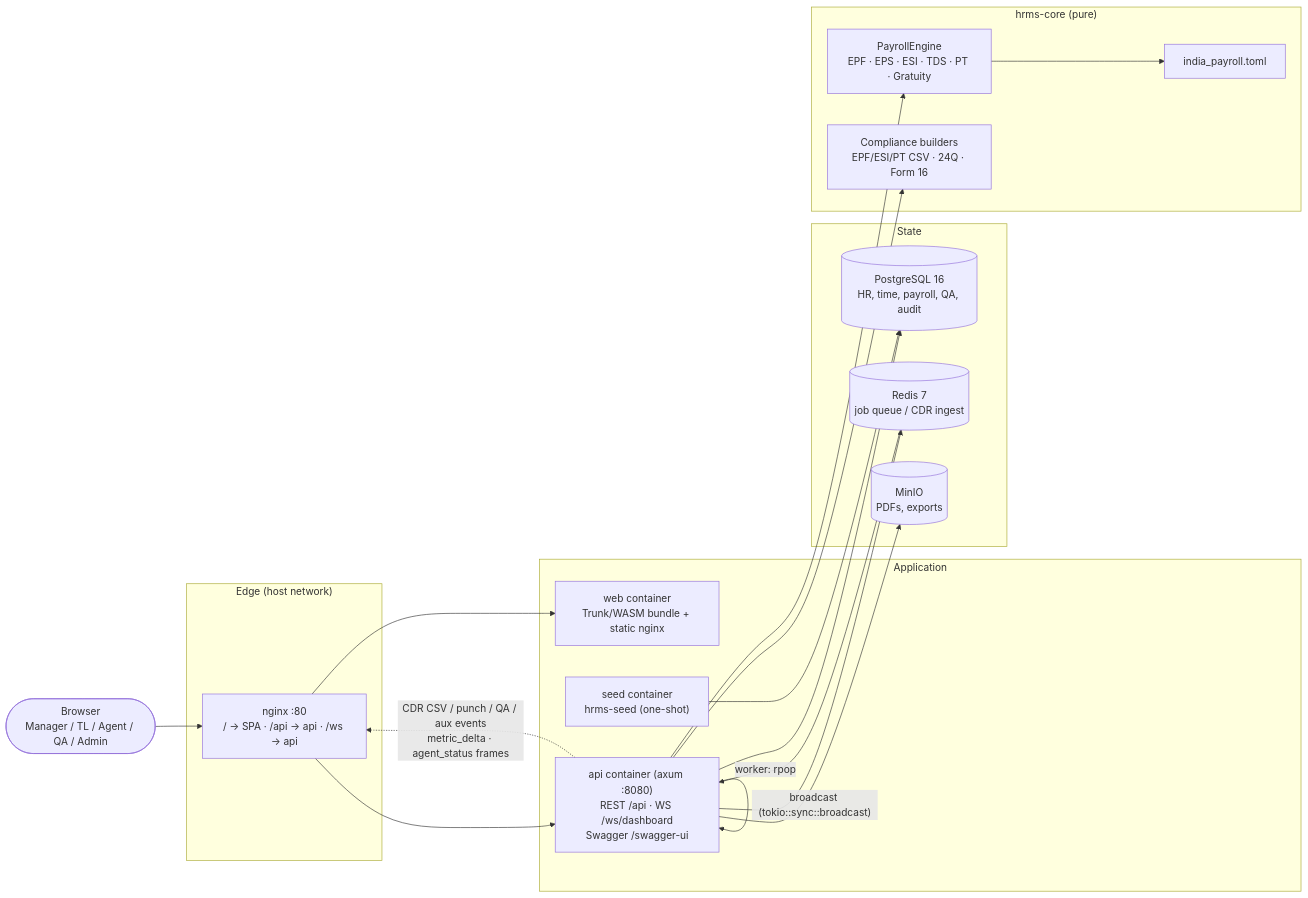
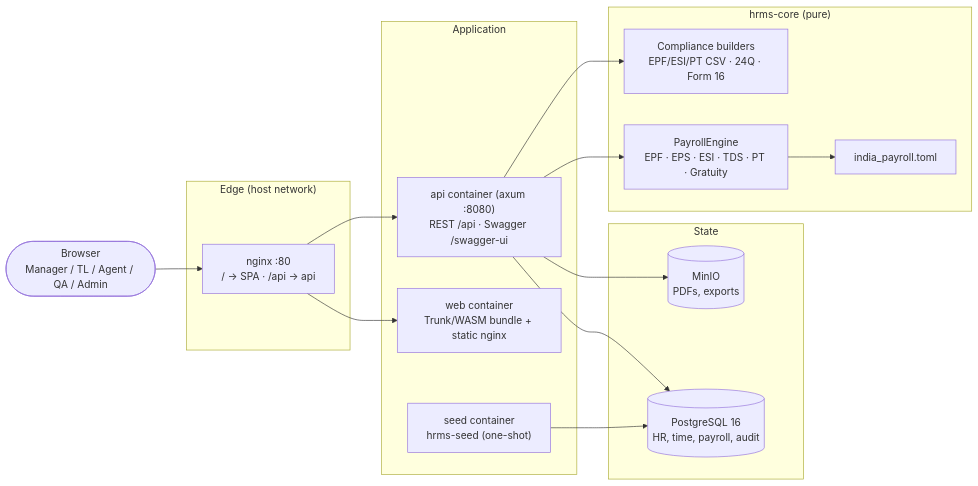
The diagram in README.md (kaiwalyapedhe-cmyk/hrms-bpo), drawn with Mermaid before and after one commit. The commit also changed other lines of this file and 35 other files, not shown here.

First line of the commit message:
Remove call-centre extensions: QA, aux, CDR and KPI dashboard

````diff
--- a/README.md
+++ b/README.md
@@ -22,38 +21,33 @@
 ```mermaid
 flowchart LR
   subgraph Edge["Edge (host network)"]
-    NG["nginx :80<br/>/ → SPA · /api → api · /ws → api"]
+    NG["nginx :80<br/>/ → SPA · /api → api"]
   end
 
   subgraph App["Application"]
     WEB["web container<br/>Trunk/WASM bundle + static nginx"]
-    API["api container (axum :8080)<br/>REST /api · WS /ws/dashboard<br/>Swagger /swagger-ui"]
+    API["api container (axum :8080)<br/>REST /api · Swagger /swagger-ui"]
     SEED["seed container<br/>hrms-seed (one-shot)"]
   end
 
   subgraph Data["State"]
-    PG[("PostgreSQL 16<br/>HR, time, payroll, QA, audit")]
-    RD[("Redis 7<br/>job queue / CDR ingest")]
+    PG[("PostgreSQL 16<br/>HR, time, payroll, audit")]
     MO[("MinIO<br/>PDFs, exports")]
   end
 
   subgraph Core["hrms-core (pure)"]
     CFG["india_payroll.toml"]
     ENG["PayrollEngine<br/>EPF · EPS · ESI · TDS · PT · Gratuity"]
     COMP["Compliance builders<br/>EPF/ESI/PT CSV · 24Q · Form 16"]
   end
 
   USER(["Browser<br/>Manager / TL / Agent / QA / Admin"]) --> NG
   NG --> WEB
   NG --> API
-  API -- "broadcast (tokio::sync::broadcast)" --> API
   API --> PG
-  API --> RD
   API --> MO
   API --> ENG
   ENG --> CFG
   API --> COMP
   SEED --> PG
-  RD -- "worker: rpop" --> API
-  API -. "CDR CSV / punch / QA / aux events<br/>metric_delta · agent_status frames" .-> NG
 ```
````
